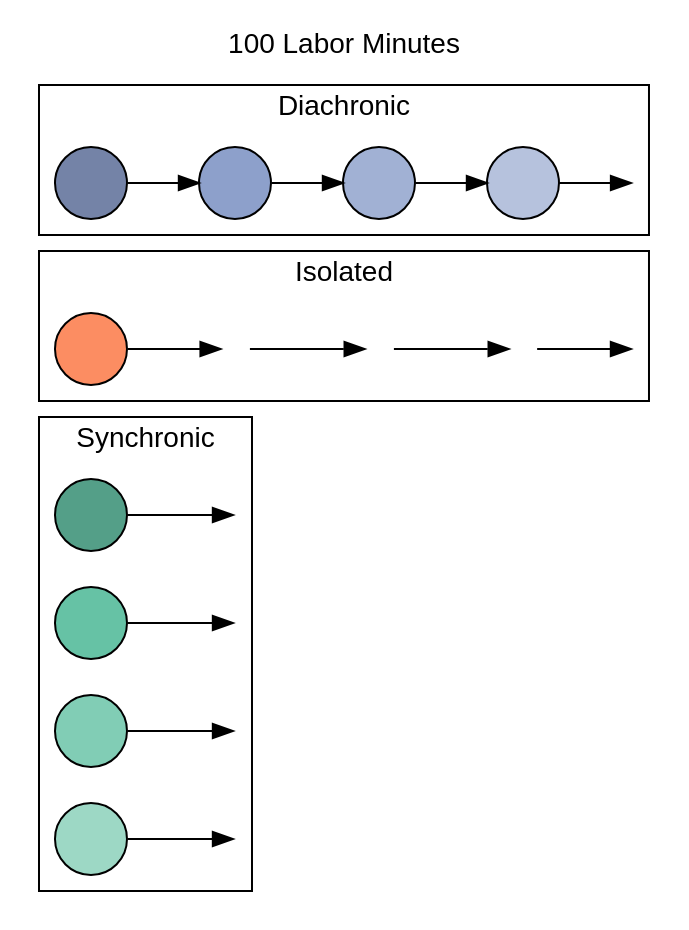
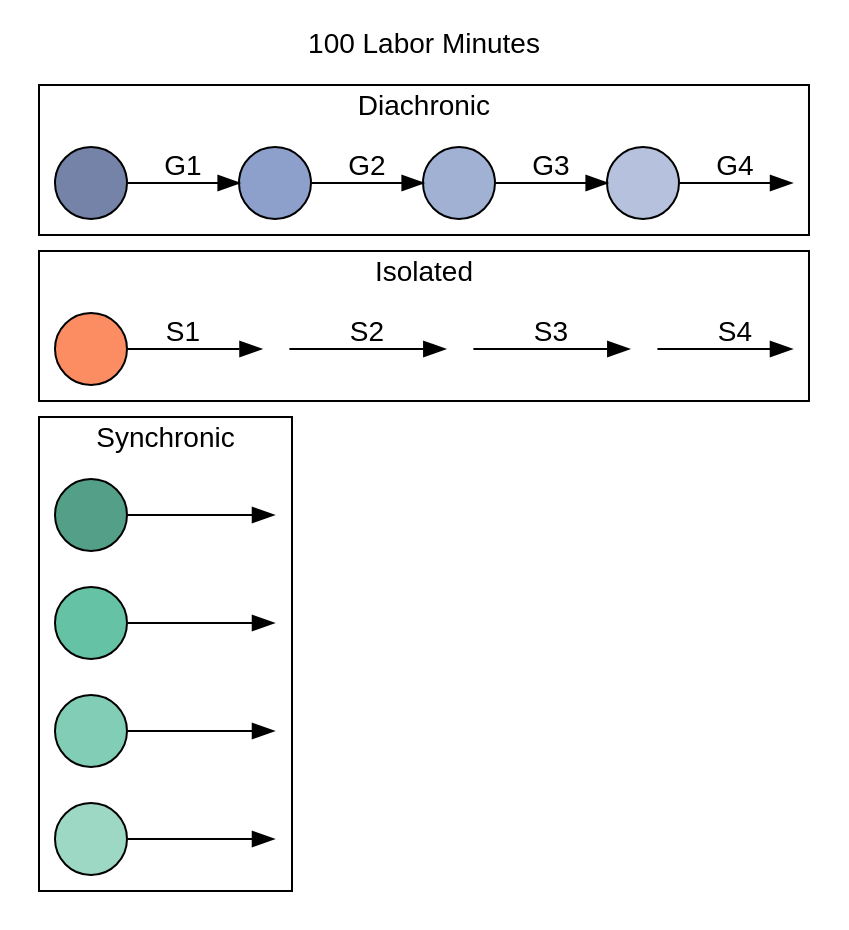
One commit to pedmiston/totems-data changed the diagram in inst/extdata/team-structures-exp2.gv. Above: the diagram before and after it, drawn with Graphviz.

Commit message:
Add edge labels to exp2 plot

```diff
--- a/inst/extdata/team-structures-exp2.gv
+++ b/inst/extdata/team-structures-exp2.gv
@@ -1,49 +1,56 @@
 digraph {
   rankdir=LR;
   label="100 Labor Minutes";
   labelloc=t;
   fontname=helvetica;
   // bgcolor=transparent;
 
   node[fontname=helvetica; label=""; style=filled; shape=circle];
+  edge[fontname=helvetica];
 
   // Set cluster order (top to bottom) by initializing
   // nodes in each cluster starting from bottom to top
   s4_1, solo_s1, d1;
 
   // Colors are people
   s4_1[fillcolor="#549F88"];
   s4_2[fillcolor="#66C2A5"];
   s4_3[fillcolor="#81CDB5"];
   s4_4[fillcolor="#9DD8C5"];
   d1[fillcolor="#7483A7"];
   d2[fillcolor="#8DA0CB"];
   d3[fillcolor="#A1B1D4"];
   d4[fillcolor="#B6C2DD"];
   solo_s1[fillcolor="#FC8D62"];
 
   // Invisible last nodes
   dinv1, soloinv2, s4inv1, s4inv2, s4inv3, s4inv4[style=invis, width=0];
 
   subgraph cluster1 {
     label="Diachronic";
-    d1 -> d2 -> d3 -> d4 -> dinv1;
+    d1 -> d2[label="G1"];
+    d2 -> d3[label="G2"];
+    d3 -> d4[label="G3"];
+    d4 -> dinv1[label="G4"];
   }
 
   subgraph cluster2 {
     label="Isolated";
-    solo_s1 -> solo_s2 -> solo_s3 -> solo_s4 -> soloinv2;
+    solo_s1 -> solo_s2[label="S1"];
+    solo_s2 -> solo_s3[label="S2"];
+    solo_s3 -> solo_s4[label="S3"];
+    solo_s4 -> soloinv2[label="S4"];
 
     solo_s2, solo_s3, solo_s4[style=invis, width=0.2];
   }
 
   subgraph cluster3 {
     label="Synchronic";
     rankdir=TB;
     s4_1 -> s4inv1;
     s4_2 -> s4inv2;
     s4_3 -> s4inv3;
     s4_4 -> s4inv4;
   }
 
 }
```
